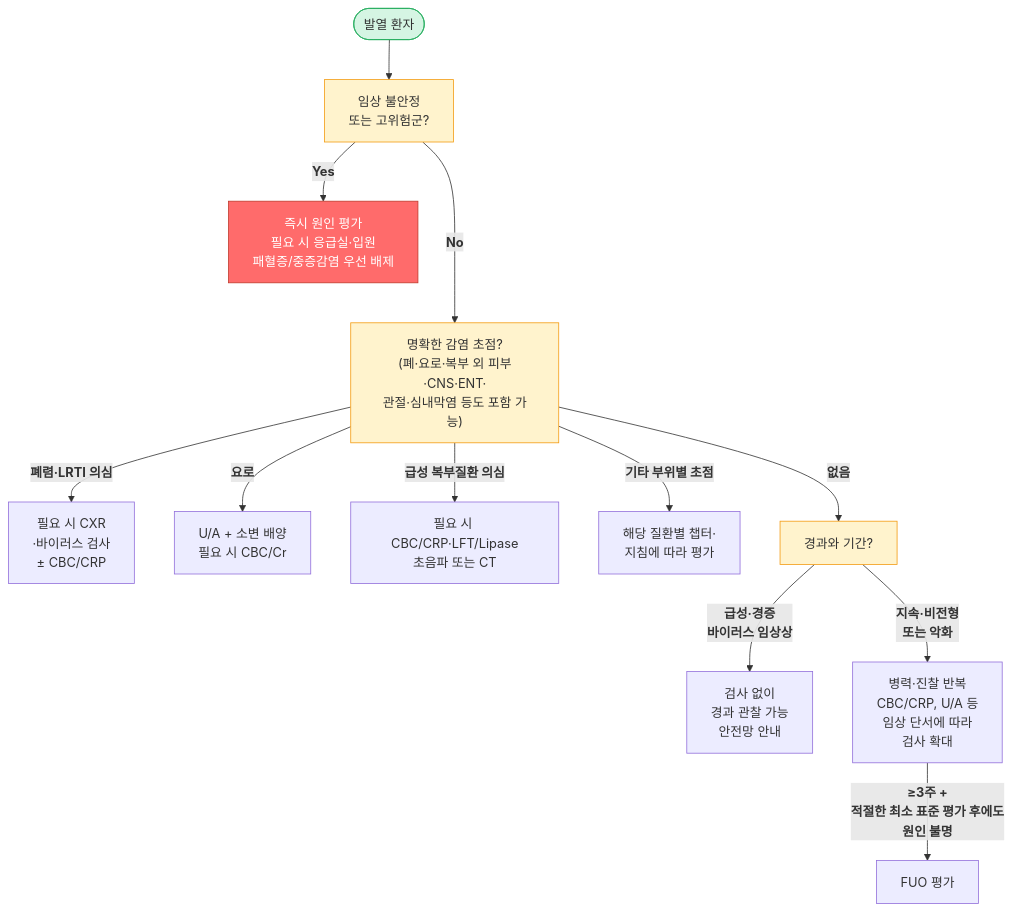
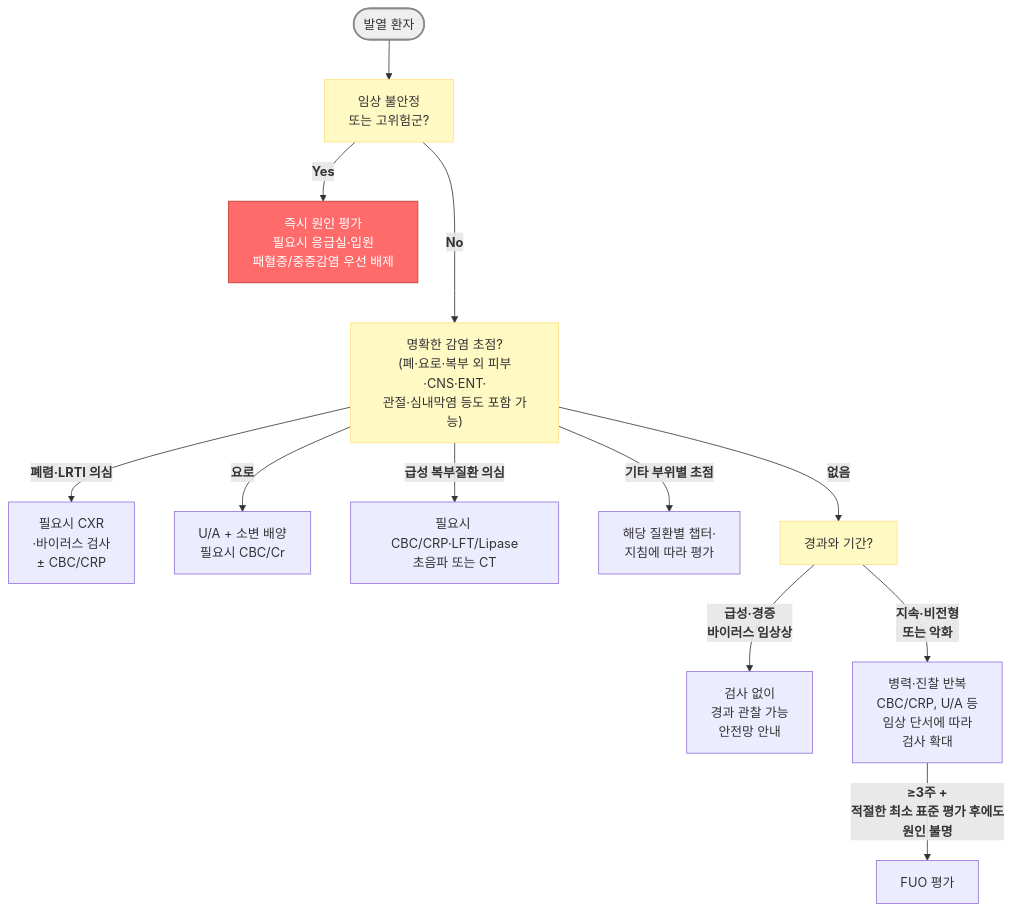
The first of 2 diagrams in 220_/011_-fever.md (familyoh77/familyoh77), drawn with Mermaid before and after one commit. The commit also changed other lines of this file and 3 other files, not shown here.

````diff
--- a/220_/011_-fever.md
+++ b/220_/011_-fever.md
@@ -120,21 +124,21 @@
 ```mermaid
 graph TD
     A([발열 환자]) --> B["임상 불안정<br/>또는 고위험군?"]
-    B -->|<b>Yes</b>| C["즉시 원인 평가<br/>필요 시 응급실·입원<br/>패혈증/중증감염 우선 배제"]
+    B -->|<b>Yes</b>| C["즉시 원인 평가<br/>필요시 응급실·입원<br/>패혈증/중증감염 우선 배제"]
     B --->|<b>No</b>| D["명확한 감염 초점?<br/>(폐·요로·복부 외 피부·CNS·ENT·<br/>관절·심내막염 등도 포함 가능)"]
-    D -->|<b>폐렴·LRTI 의심</b>| E["필요 시 CXR<br/>·바이러스 검사<br/>± CBC/CRP"]
-    D -->|<b>요로</b>| F["U/A + 소변 배양<br/>필요 시 CBC/Cr"]
-    D -->|<b>급성 복부질환 의심</b>| G["필요 시 CBC/CRP·LFT/Lipase<br/>초음파 또는 CT"]
+    D -->|<b>폐렴·LRTI 의심</b>| E["필요시 CXR<br/>·바이러스 검사<br/>± CBC/CRP"]
+    D -->|<b>요로</b>| F["U/A + 소변 배양<br/>필요시 CBC/Cr"]
+    D -->|<b>급성 복부질환 의심</b>| G["필요시 CBC/CRP·LFT/Lipase<br/>초음파 또는 CT"]
     D -->|<b>기타 부위별 초점</b>| G2["해당 질환별 챕터·<br/>지침에 따라 평가"]
     D -->|<b>없음</b>| H["경과와 기간?"]
     H -->|"<b>급성·경증<br/>바이러스 임상상</b>"| I["검사 없이 <br/>경과 관찰 가능<br/>안전망 안내"]
     H -->|"<b>지속·비전형<br/>또는 악화</b>"| J["병력·진찰 반복<br/>CBC/CRP, U/A 등<br/>임상 단서에 따라 <br/>검사 확대"]
     J -->|"<b>≥3주 +<br/>적절한 최소 표준 평가 후에도<br/>원인 불명</b>"| K["FUO 평가"]
-    classDef green  fill:#d5f5e3,stroke:#27ae60
+    classDef start  fill:#eeeeee,stroke:#888888,stroke-width:2px
     classDef red    fill:#ff6b6b,stroke:#c0392b,color:#fff
-    classDef yellow fill:#fff3cd,stroke:#f39c12
-    class A green
+    classDef yellow fill:#fff9c4,stroke:#ffe082
+    class A start
     class C red
     class B,D,H yellow
 
 ```
````
